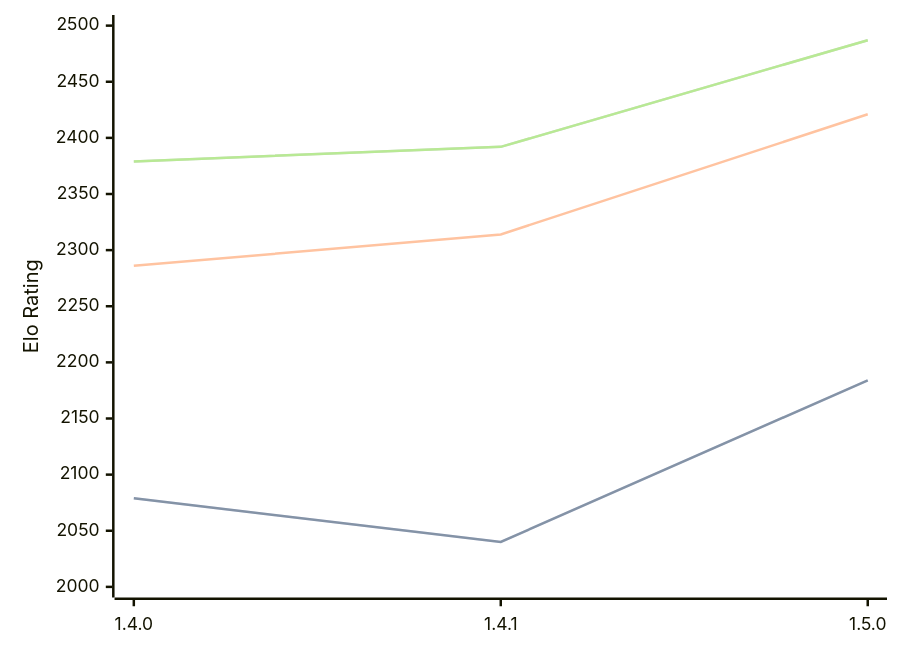
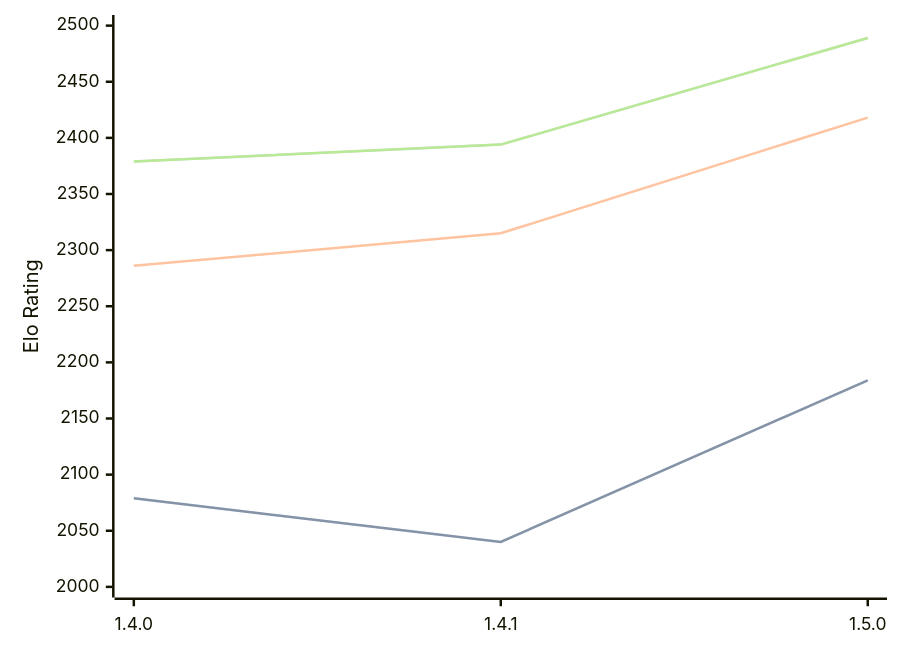
Before and after one commit to computer-chess-index/cci: the diagram in engines/Tofiks.md, drawn with Mermaid. The commit also changed other lines of this file, not shown here.

Commit message:
Update CCI Ratings (ELO VLTC) - 2026-05-22

````diff
--- a/engines/Tofiks.md
+++ b/engines/Tofiks.md
@@ -37,11 +37,11 @@
 ```mermaid
 %%{init: {"theme":"base","themeVariables":{"seriesColors:['#a3a3a3','#222221','#faa371']}}}%%
 xychart-beta
   x-axis ["1.4.0", "1.4.1", "1.5.0"]
   y-axis "Elo Rating" 2000 --> 2500
   line "STC (8.0+0.08s)" [2079, 2040, 2184]
   line "STC (8.0+0.08s)" [2079, 2040, 2184]
-  line "LTC (60.0+0.60s)" [2286, 2314, 2421]
-  line "VLTC (2m24s+1.12s)" [2379, 2392, 2487]
-  line "VLTC (2m24s+1.12s)" [2379, 2392, 2487]
+  line "LTC (60.0+0.60s)" [2286, 2315, 2418]
+  line "VLTC (2m24s+1.12s)" [2379, 2394, 2489]
+  line "VLTC (2m24s+1.12s)" [2379, 2394, 2489]
 ```
````
